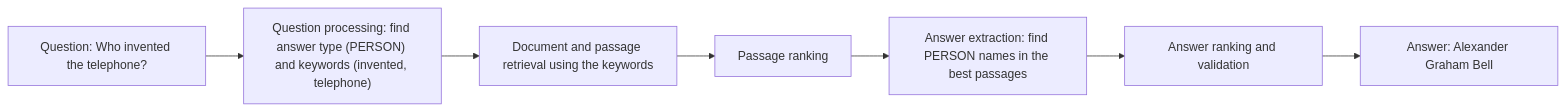
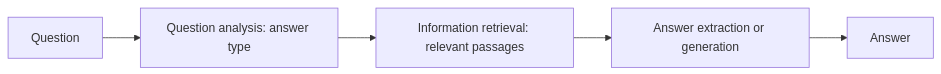
One commit to TrendySloth1001/sem-seven-notes changed the fifth of 9 diagrams in content/natural-language-processing/notes/nlp-applications.mdx. Above: the diagram before and after it, drawn with Mermaid. The commit also changed other lines of this file and 406 other files, not shown here.

````diff
--- a/content/natural-language-processing/notes/nlp-applications.mdx
+++ b/content/natural-language-processing/notes/nlp-applications.mdx
@@ -645,10 +204,8 @@
 ```mermaid
-%% caption: Pipeline of a question answering system, with the question 'Who invented the telephone?' as the running example.
+%% caption: The three stages of a question answering pipeline.
 flowchart LR
-  Q["Question: Who invented the telephone?"] --> QP["Question processing: find answer type (PERSON) and keywords (invented, telephone)"]
-  QP --> DR["Document and passage retrieval using the keywords"]
-  DR --> PR["Passage ranking"]
-  PR --> AE["Answer extraction: find PERSON names in the best passages"]
-  AE --> AR["Answer ranking and validation"]
-  AR --> ANS["Answer: Alexander Graham Bell"]
+  Q["Question"] --> A["Question analysis: answer type"]
+  A --> B["Information retrieval: relevant passages"]
+  B --> C["Answer extraction or generation"]
+  C --> D["Answer"]
 ```
````
